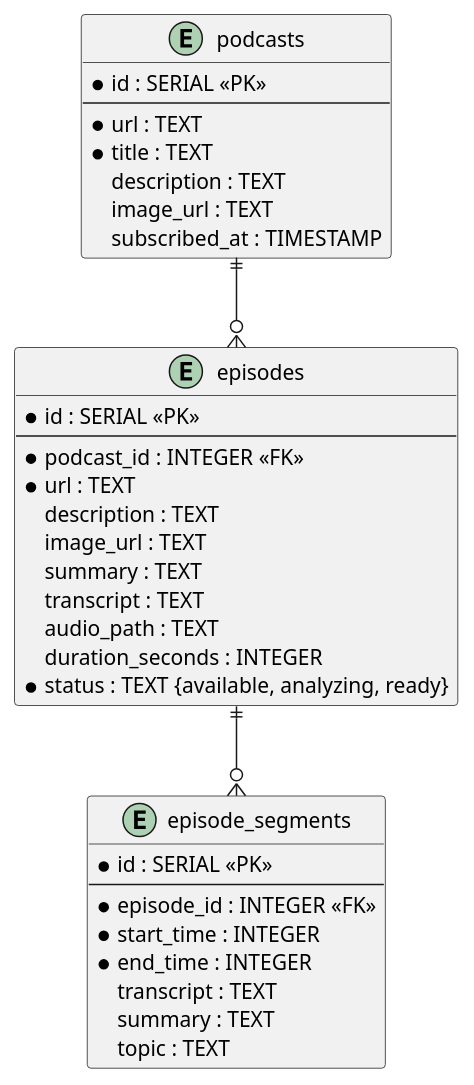
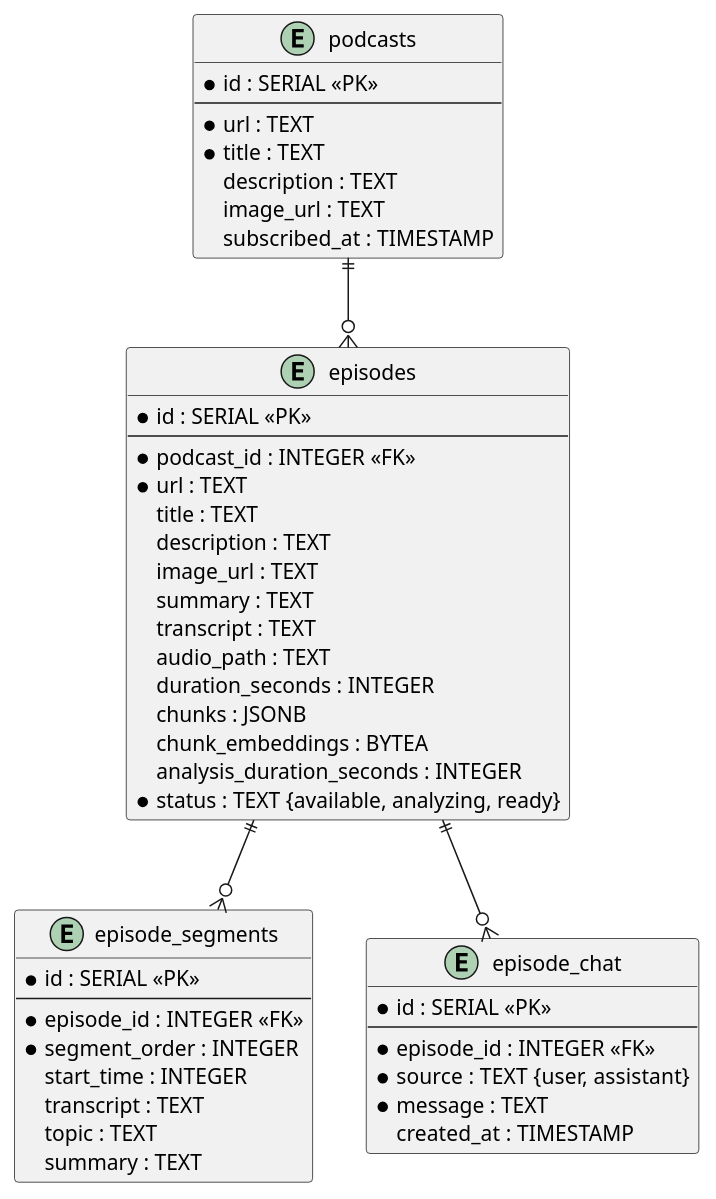
Before and after one commit to jonathanneve/podcast-organizer: the diagram in server/schema.puml, drawn with PlantUML.

Commit message:
Update DB diagram

```diff
--- a/server/schema.puml
+++ b/server/schema.puml
@@ -1,41 +1,55 @@
 @startuml
 
 entity podcasts {
     * id : SERIAL <<PK>>
     --
     * url : TEXT
     * title : TEXT
     description : TEXT
     image_url : TEXT
     subscribed_at : TIMESTAMP
 }
 
 entity episodes {
     * id : SERIAL <<PK>>
     --
     * podcast_id : INTEGER <<FK>>
     * url : TEXT
+    title : TEXT
     description : TEXT
     image_url : TEXT
     summary : TEXT
     transcript : TEXT
     audio_path : TEXT
     duration_seconds : INTEGER
+    chunks : JSONB
+    chunk_embeddings : BYTEA
+    analysis_duration_seconds : INTEGER
     * status : TEXT {available, analyzing, ready}
 }
 
 entity episode_segments {
     * id : SERIAL <<PK>>
     --
     * episode_id : INTEGER <<FK>>
-    * start_time : INTEGER
-    * end_time : INTEGER
+    * segment_order : INTEGER
+    start_time : INTEGER
     transcript : TEXT
+    topic : TEXT
     summary : TEXT
-    topic : TEXT
+}
+
+entity episode_chat {
+    * id : SERIAL <<PK>>
+    --
+    * episode_id : INTEGER <<FK>>
+    * source : TEXT {user, assistant}
+    * message : TEXT
+    created_at : TIMESTAMP
 }
 
 podcasts ||--o{ episodes
 episodes ||--o{ episode_segments
+episodes ||--o{ episode_chat
 
 @enduml
```
